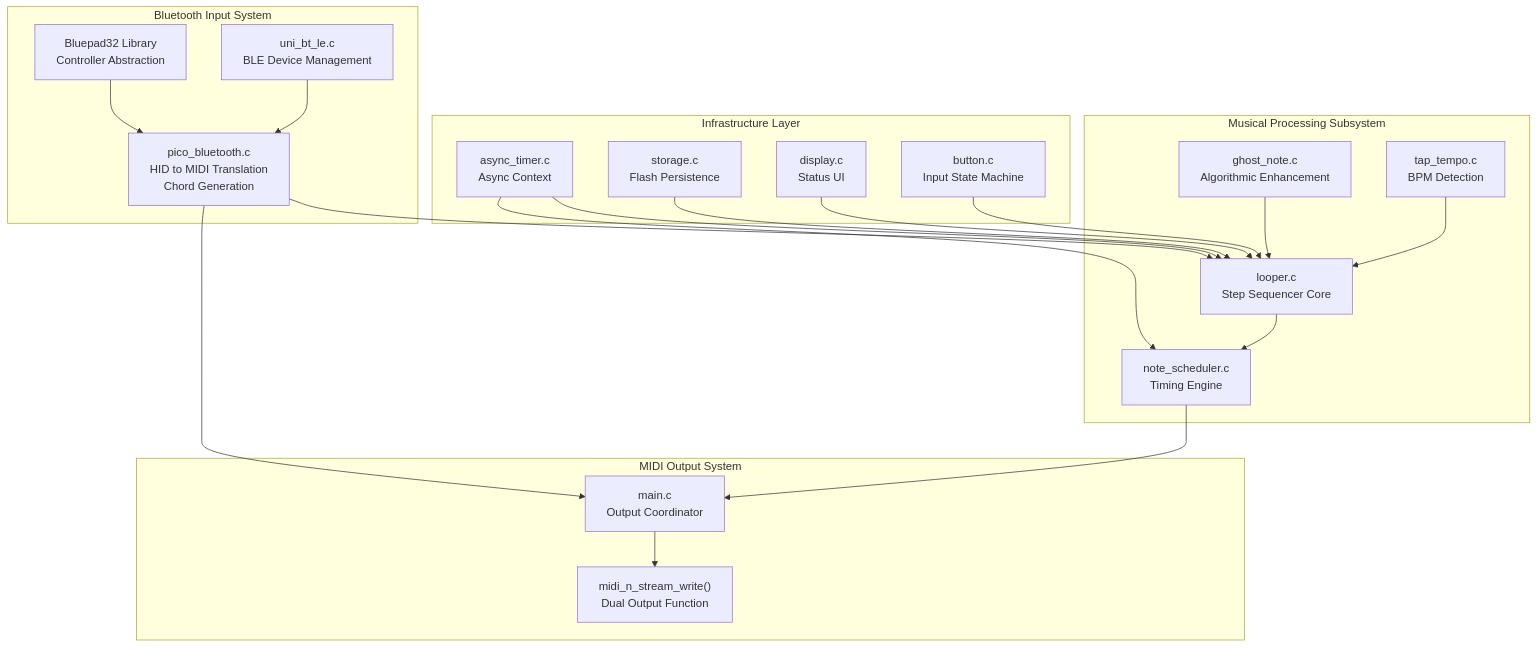
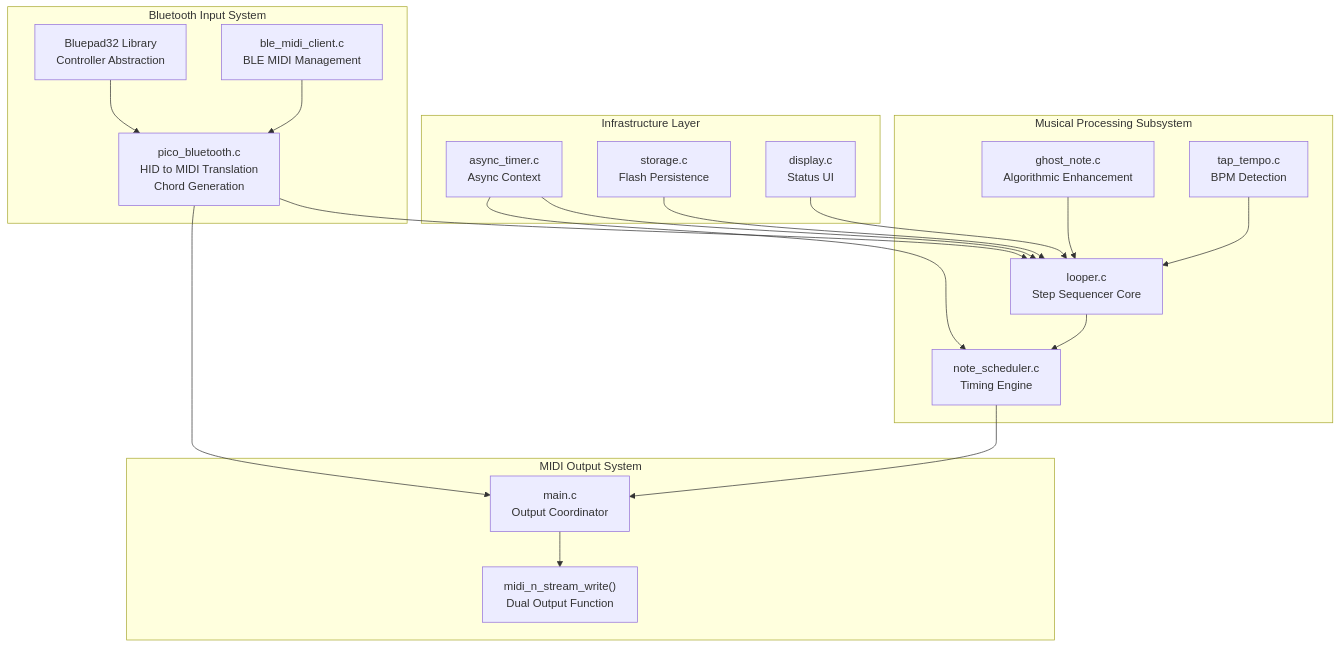
Before and after one commit to Jus-Be/orinayo-pico: the first of 6 diagrams in wiki/3.1-system-components.md, drawn with Mermaid. The commit also changed other lines of this file and 42 other files, not shown here.

````diff
--- a/wiki/3.1-system-components.md
+++ b/wiki/3.1-system-components.md
@@ -20,57 +22,54 @@
 ```mermaid
 flowchart TD
 
 PicoBT["pico_bluetooth.c<br>HID to MIDI Translation<br>Chord Generation"]
-UniLE["uni_bt_le.c<br>BLE Device Management"]
+BLE_MIDI["ble_midi_client.c<br>BLE MIDI Management"]
 BP32["Bluepad32 Library<br>Controller Abstraction"]
 Looper["looper.c<br>Step Sequencer Core"]
 GhostNote["ghost_note.c<br>Algorithmic Enhancement"]
 TapTempo["tap_tempo.c<br>BPM Detection"]
 NoteScheduler["note_scheduler.c<br>Timing Engine"]
 Main["main.c<br>Output Coordinator"]
 MidiStream["midi_n_stream_write()<br>Dual Output Function"]
 AsyncTimer["async_timer.c<br>Async Context"]
 Storage["storage.c<br>Flash Persistence"]
 Display["display.c<br>Status UI"]
-Button["button.c<br>Input State Machine"]
 
 PicoBT --> Looper
 PicoBT --> Main
 NoteScheduler --> Main
 AsyncTimer --> Looper
 AsyncTimer --> NoteScheduler
 Storage --> Looper
 Display --> Looper
-Button --> Looper
 
 subgraph subGraph3 ["Infrastructure Layer"]
     AsyncTimer
     Storage
     Display
-    Button
 end
 
 subgraph subGraph2 ["MIDI Output System"]
     Main
     MidiStream
     Main --> MidiStream
 end
 
 subgraph subGraph1 ["Musical Processing Subsystem"]
     Looper
     GhostNote
     TapTempo
     NoteScheduler
     Looper --> NoteScheduler
     GhostNote --> Looper
     TapTempo --> Looper
 end
 
 subgraph subGraph0 ["Bluetooth Input System"]
     PicoBT
-    UniLE
+    BLE_MIDI
     BP32
     BP32 --> PicoBT
-    UniLE --> PicoBT
+    BLE_MIDI --> PicoBT
 end
 ```
````
